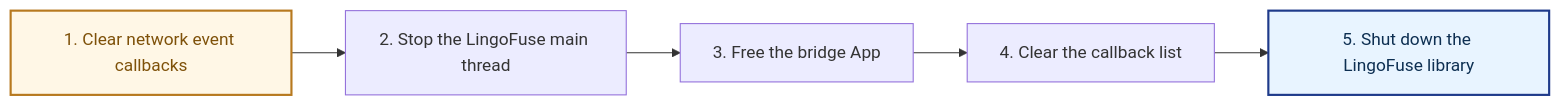
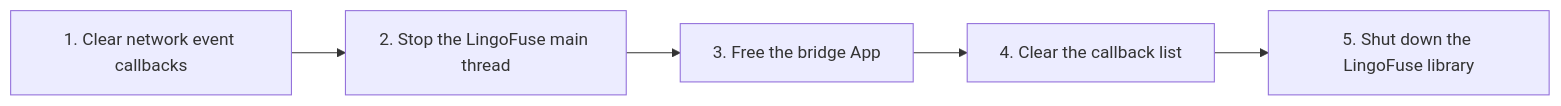
One commit to PassByYou888/LingoFuse changed diagram 19 of 24 in Py/lingofuse/Bridge_User_Guide.md. Above: the diagram before and after it, drawn with Mermaid. The commit also changed other lines of this file and 78 other files, not shown here.

````diff
--- a/Py/lingofuse/Bridge_User_Guide.md
+++ b/Py/lingofuse/Bridge_User_Guide.md
@@ -1254,10 +1074,7 @@
 ```mermaid
 flowchart LR
     A["1. Clear network event callbacks"] --> B["2. Stop the LingoFuse main thread"]
     B --> C["3. Free the bridge App"]
     C --> D["4. Clear the callback list"]
     D --> E["5. Shut down the LingoFuse library"]
-
-    style A fill:#FFF7E6,stroke:#B7791F,stroke-width:2px,color:#7E5109
-    style E fill:#E8F4FF,stroke:#1E3A8A,stroke-width:2px,color:#0D2F52
 ```
````
